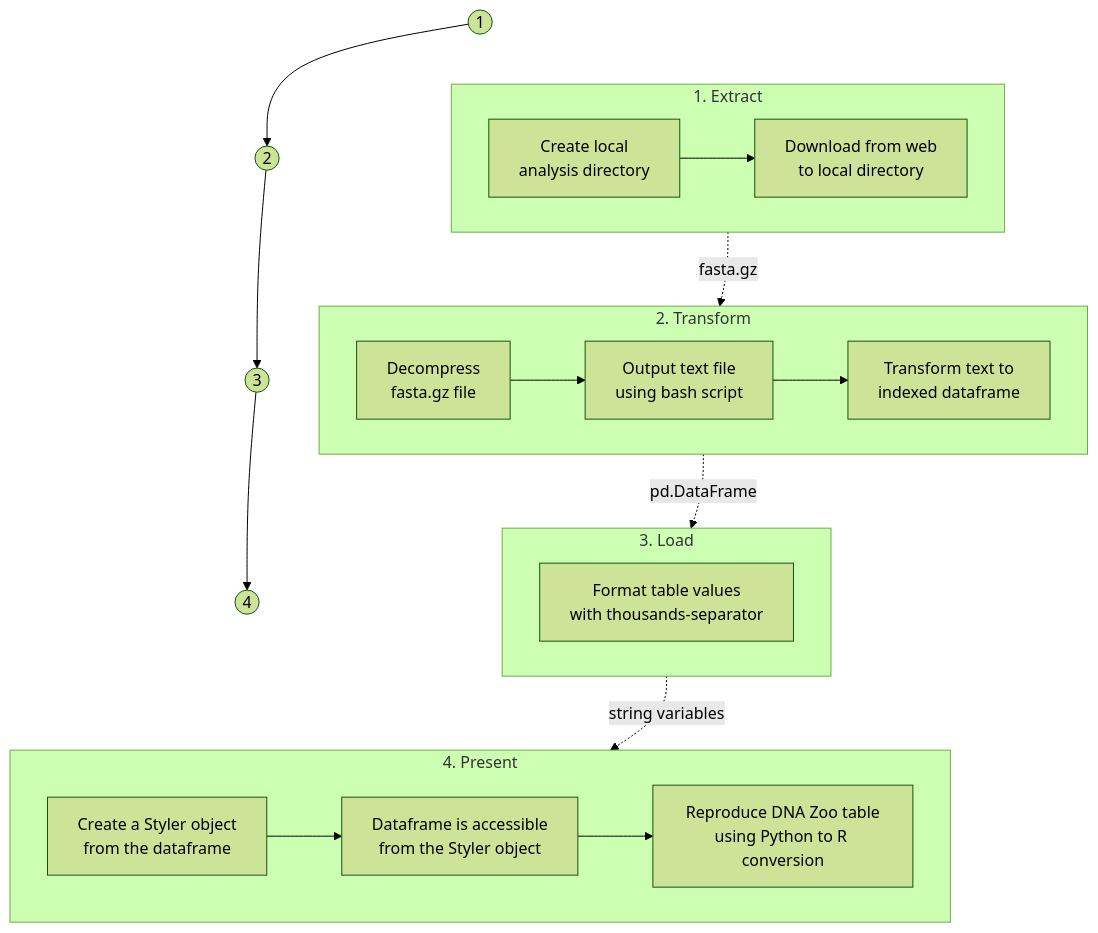
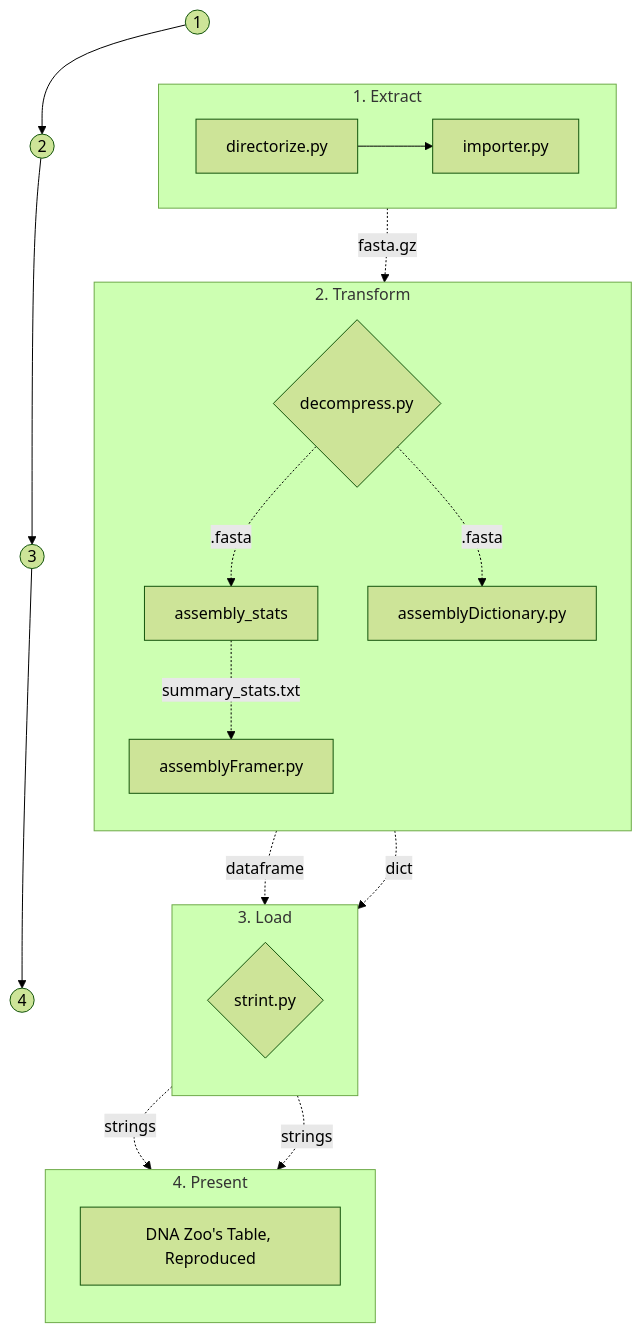
The diagram in _manuscript/index.qmd (ericMossotti/Cicada_Data), drawn with Mermaid (forest theme) before and after one commit. The commit also changed other lines of this file and 44 other files, not shown here.

````diff
--- a/_manuscript/index.qmd
+++ b/_manuscript/index.qmd
@@ -78,38 +96,39 @@
 ```{mermaid}
 %%| code-fold: true
 %%| code-summary: Create a Mermaid diagram from code.
 
 flowchart TB
     A((1)):::circle --> B((2)):::circle
     B --> C((3)):::circle
     C --> D((4)):::circle
-    
+
     subgraph Extract ["1. Extract"]
         direction LR
-        A1["Create local\nanalysis directory"] --> A2["Download from web\nto local directory"]
+        A1["directorize.py"] --> A2["importer.py"]
     end
     subgraph Transform ["2. Transform"]
-        direction LR
-        B1["Decompress\nfasta.gz file"] --> B2["Output text file\nusing bash script"]
-        B2 --> B3["Transform text to\nindexed dataframe"]
+      direction TB
+      B1{"decompress.py"} -.->|.fasta| B2["assembly_stats"] -.->|summary_stats.txt| B3["assemblyFramer.py"]
+      B1 -.->|.fasta| B4["assemblyDictionary.py"]
     end
     subgraph Load ["3. Load"]
-        direction LR
-        C1["Format table values\nwith thousands-separator"]
+        direction TB
+        C1{"strint.py"}
     end
     subgraph Present ["4. Present"]
-        direction LR
-        D1["Create a Styler object\nfrom the dataframe"] --> D2["Dataframe is accessible\nfrom the Styler object"]
-        D2 --> D3["Reproduce DNA Zoo table\nusing Python to R conversion"]
+        direction TB
+        D1["DNA Zoo's Table, Reproduced"]
     end
 	
     A ~~~ Extract
     B ~~~ Transform
     C ~~~ Load
     D ~~~ Present
 	
-    Extract -.->|fasta.gz| Transform
-    Transform -.->|pd.DataFrame| Load
-    Load -.->|string variables| Present
-
+    A2 -.->|fasta.gz| B1
+    B3 -.->|dataframe| C1
+    B4 -.->|dict| C1
+    C1 -.->|strings| Present
+    C1 -.->|strings| Present
+    
 ```
````
